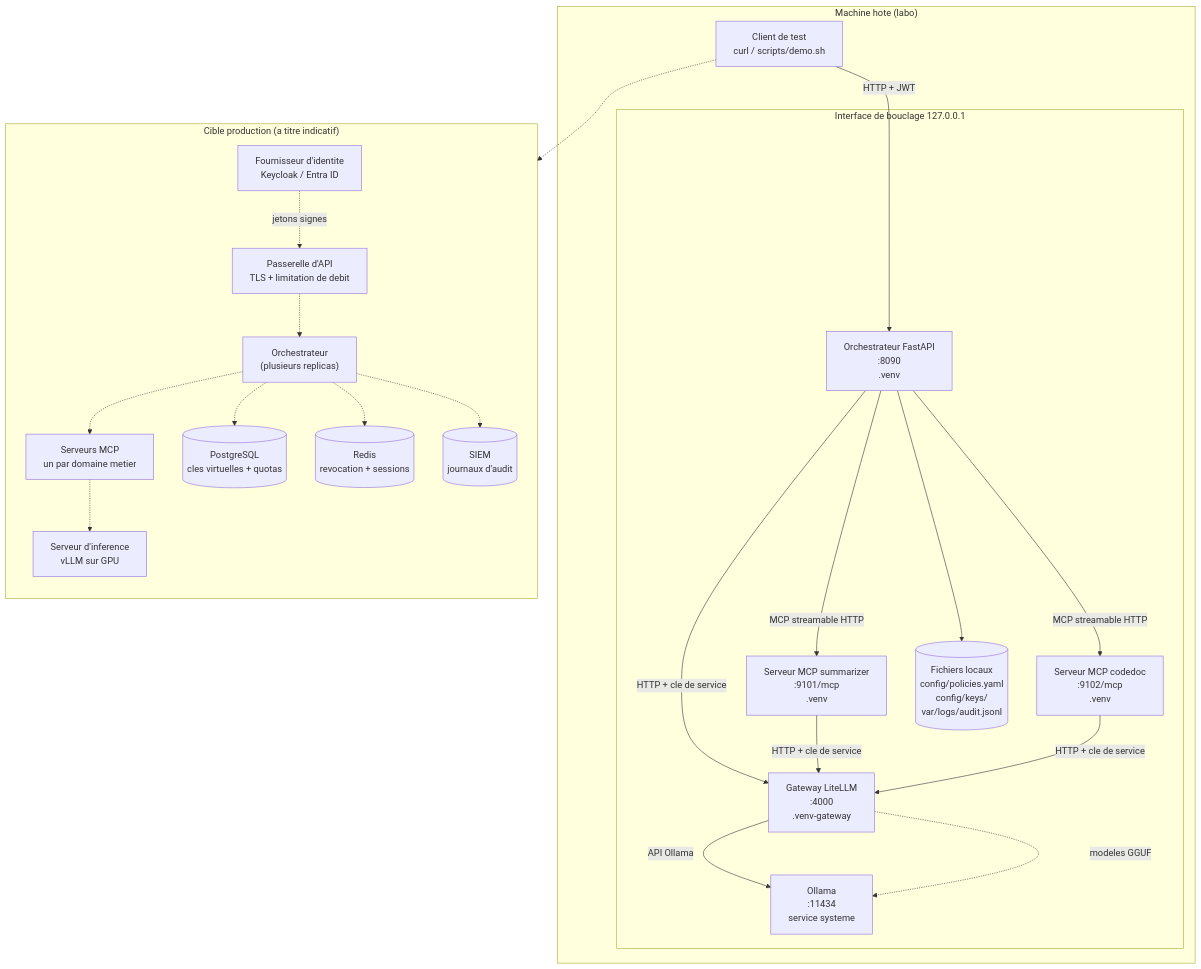
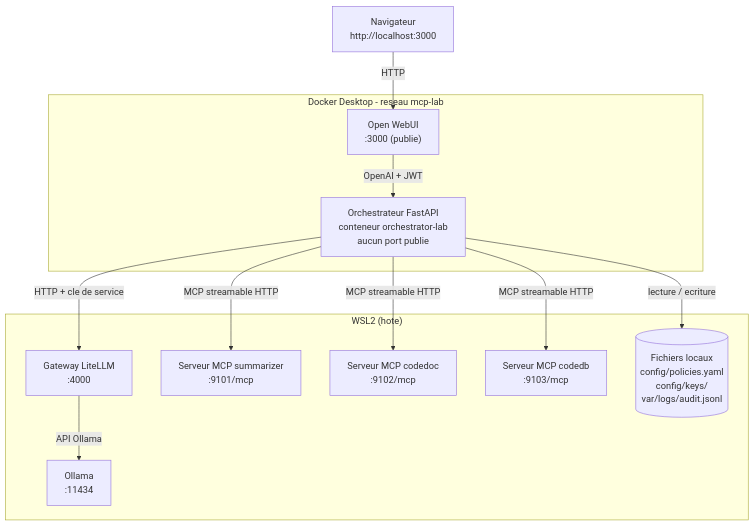
One commit to maraa081/IA-MCP changed the diagram in docs/uml/04-deploiement.md. Above: the diagram before and after it, drawn with Mermaid. The commit also changed other lines of this file and 25 other files, not shown here.

Commit message:
Open WebUI devient le seul point d'entree : passerelle OpenAI, orchestrateur en conteneur sans port publie

````diff
--- a/docs/uml/04-deploiement.md
+++ b/docs/uml/04-deploiement.md
@@ -8,45 +10,27 @@
 ```mermaid
 flowchart TB
-    subgraph POSTE["Machine hote (labo)"]
-        subgraph LOOPBACK["Interface de bouclage 127.0.0.1"]
-            GW["Gateway LiteLLM<br/>:4000<br/>.venv-gateway"]
-            ORCH["Orchestrateur FastAPI<br/>:8090<br/>.venv"]
-            M1["Serveur MCP summarizer<br/>:9101/mcp<br/>.venv"]
-            M2["Serveur MCP codedoc<br/>:9102/mcp<br/>.venv"]
-            OLL["Ollama<br/>:11434<br/>service systeme"]
-            FS[("Fichiers locaux<br/>config/policies.yaml<br/>config/keys/<br/>var/logs/audit.jsonl")]
-        end
-        CLI["Client de test<br/>curl / scripts/demo.sh"]
+    NAV["Navigateur<br/>http://localhost:3000"]
+
+    subgraph DOCKER["Docker Desktop - reseau mcp-lab"]
+        WEB["Open WebUI<br/>:3000 (publie)"]
+        ORCH["Orchestrateur FastAPI<br/>conteneur orchestrator-lab<br/>aucun port publie"]
     end
 
-    CLI -- "HTTP + JWT" --> ORCH
+    subgraph WSL["WSL2 (hote)"]
+        GW["Gateway LiteLLM<br/>:4000"]
+        M1["Serveur MCP summarizer<br/>:9101/mcp"]
+        M2["Serveur MCP codedoc<br/>:9102/mcp"]
+        M3["Serveur MCP codedb<br/>:9103/mcp"]
+        OLL["Ollama<br/>:11434"]
+        FS[("Fichiers locaux<br/>config/policies.yaml<br/>config/keys/<br/>var/logs/audit.jsonl")]
+    end
+
+    NAV -- "HTTP" --> WEB
+    WEB -- "OpenAI + JWT" --> ORCH
     ORCH -- "HTTP + cle de service" --> GW
-    M1 -- "HTTP + cle de service" --> GW
-    M2 -- "HTTP + cle de service" --> GW
     GW -- "API Ollama" --> OLL
     ORCH -- "MCP streamable HTTP" --> M1
     ORCH -- "MCP streamable HTTP" --> M2
-    ORCH --> FS
-    GW -. "modeles GGUF" .-> OLL
-
-    subgraph FUTUR["Cible production (a titre indicatif)"]
-        direction TB
-        ING["Passerelle d'API<br/>TLS + limitation de debit"]
-        IDP["Fournisseur d'identite<br/>Keycloak / Entra ID"]
-        SVC1["Orchestrateur<br/>(plusieurs replicas)"]
-        SVC2["Serveurs MCP<br/>un par domaine metier"]
-        GPU["Serveur d'inference<br/>vLLM sur GPU"]
-        RED[("Redis<br/>revocation + sessions")]
-        PG[("PostgreSQL<br/>cles virtuelles + quotas")]
-        SIEM[("SIEM<br/>journaux d'audit")]
-    end
-
-    CLI -.-> ING
-    ING -.-> SVC1
-    IDP -. "jetons signes" .-> ING
-    SVC1 -.-> SVC2
-    SVC1 -.-> PG
-    SVC1 -.-> RED
-    SVC2 -.-> GPU
-    SVC1 -.-> SIEM
+    ORCH -- "MCP streamable HTTP" --> M3
+    ORCH -- "lecture / ecriture" --> FS
 ```
````
